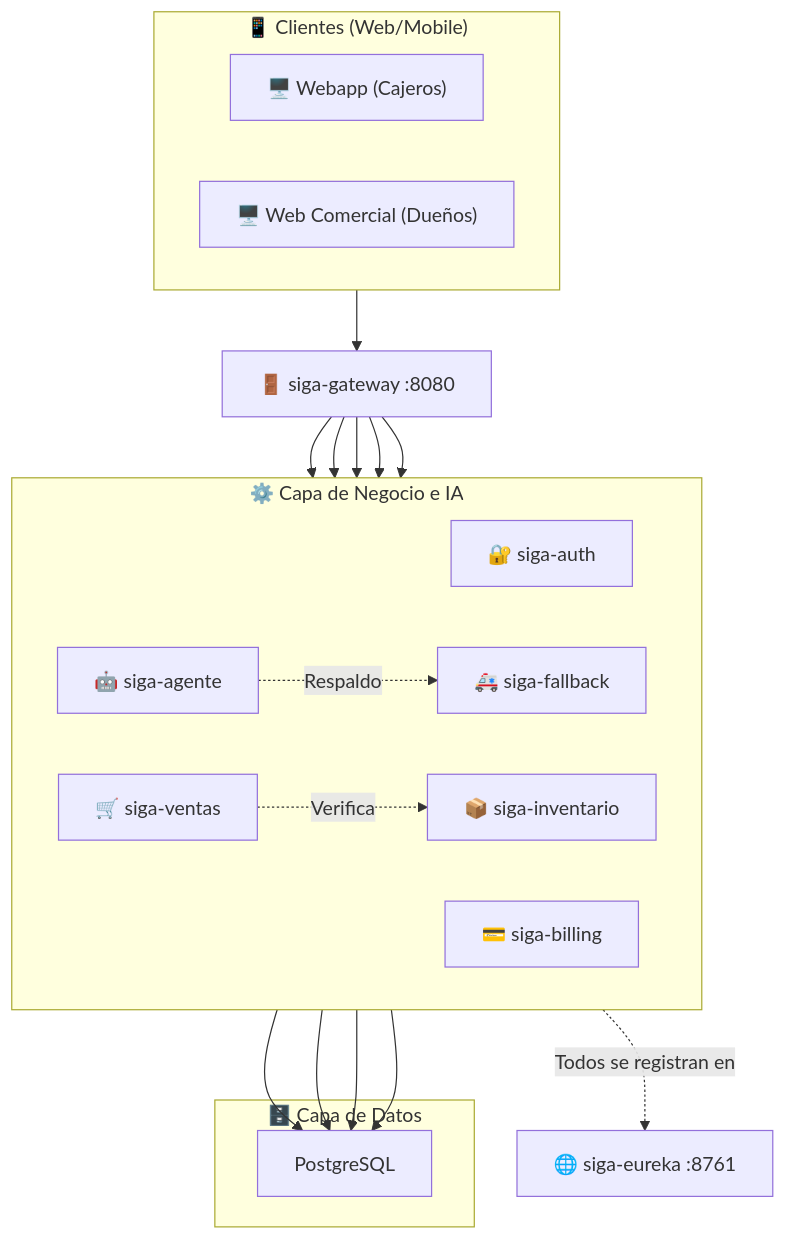
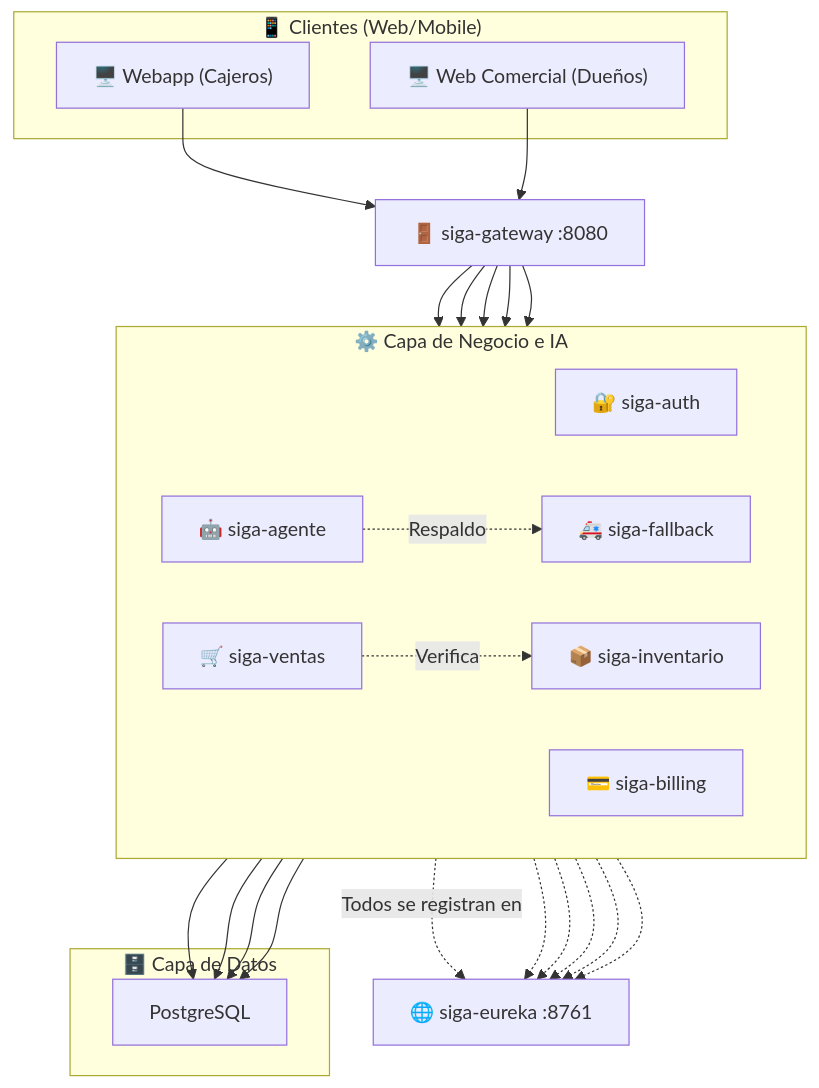
The first of 7 diagrams in openspec/changes/migracion-microservicios/architecture-diagrams.md (HecAguilaV/SIGA), drawn with Mermaid before and after one commit. The commit also changed other lines of this file, not shown here.

Commit message:
docs: corregir enlaces desde subgrafos que rompen el parser de Mermaid en GitHub

````diff
--- a/openspec/changes/migracion-microservicios/architecture-diagrams.md
+++ b/openspec/changes/migracion-microservicios/architecture-diagrams.md
@@ -10,43 +10,49 @@
 ```mermaid
 flowchart TD
     subgraph Clientes["📱 Clientes (Web/Mobile)"]
         W1["🖥️ Webapp (Cajeros)"]
         W2["🖥️ Web Comercial (Dueños)"]
     end
 
     GW["🚪 siga-gateway :8080"]
 
     subgraph Microservicios["⚙️ Capa de Negocio e IA"]
         direction LR
         AU["🔐 siga-auth"]
         IN["📦 siga-inventario"]
         VE["🛒 siga-ventas"]
         BI["💳 siga-billing"]
         AG["🤖 siga-agente"]
         FB["🚑 siga-fallback"]
     end
 
     subgraph Datos["🗄️ Capa de Datos"]
         DB["PostgreSQL"]
     end
     
     EU["🌐 siga-eureka :8761"]
 
-    Clientes --> GW
+    W1 --> GW
+    W2 --> GW
     
     GW --> AU
     GW --> IN
     GW --> VE
     GW --> BI
     GW --> AG
     
     AG -.->|Respaldo| FB
     VE -.->|Verifica| IN
 
     AU --> DB
     IN --> DB
     VE --> DB
     BI --> DB
     
-    Microservicios -.->|Todos se registran en| EU
+    AU -.->|Todos se registran en| EU
+    IN -.-> EU
+    VE -.-> EU
+    BI -.-> EU
+    AG -.-> EU
+    FB -.-> EU
 ```
````
